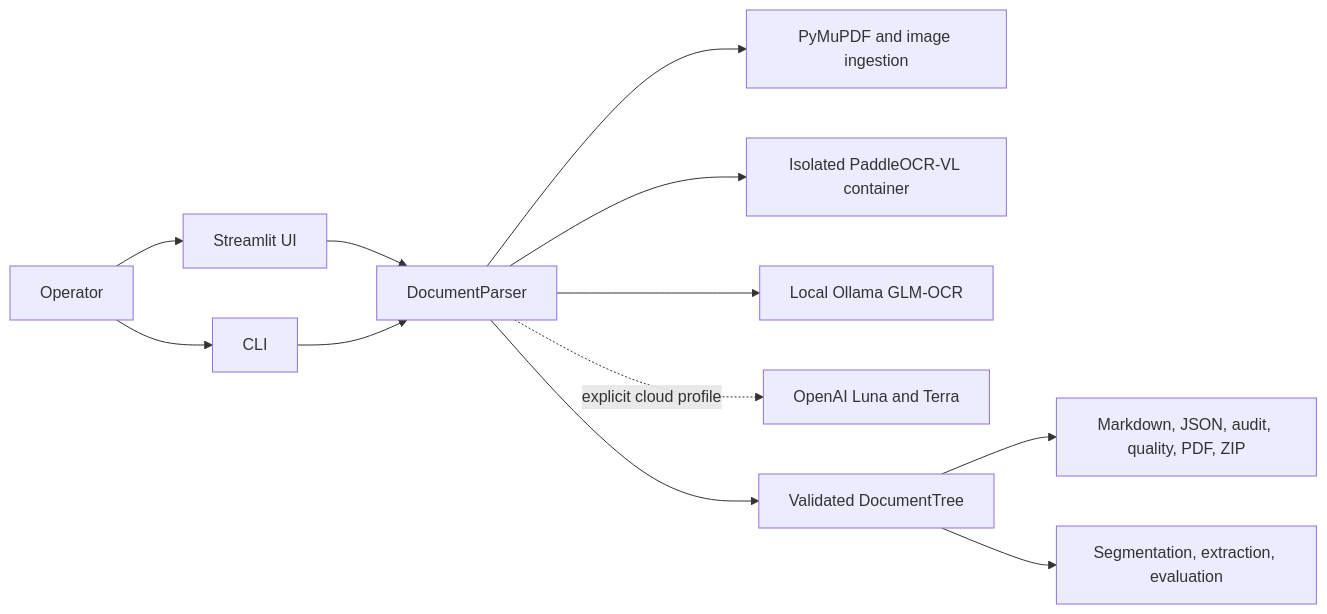
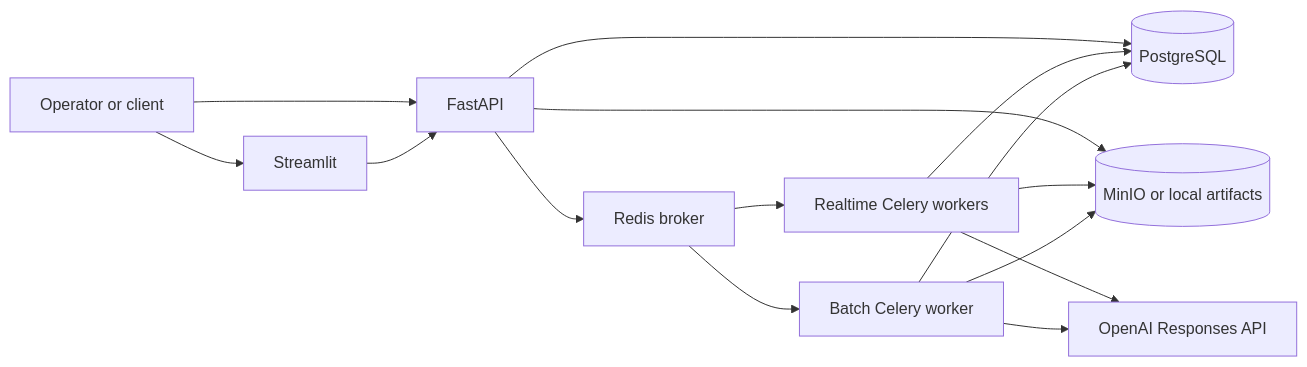
One commit to pypi-ahmad/grounded-docparse changed the first of 2 diagrams in docs/architecture.md. Above: the diagram before and after it, drawn with Mermaid. The commit also changed other lines of this file and 13 other files, not shown here.

````diff
--- a/docs/architecture.md
+++ b/docs/architecture.md
@@ -19,14 +16,17 @@
 ```mermaid
 flowchart LR
-    U[Operator] --> UI[Streamlit UI]
-    U --> CLI[CLI]
-    UI --> P[DocumentParser]
-    CLI --> P
-    P --> I[PyMuPDF and image ingestion]
-    P --> D[Isolated PaddleOCR-VL container]
-    P --> G[Local Ollama GLM-OCR]
-    P -. explicit cloud profile .-> O[OpenAI Luna and Terra]
-    P --> T[Validated DocumentTree]
-    T --> R[Markdown, JSON, audit, quality, PDF, ZIP]
-    T --> E[Segmentation, extraction, evaluation]
+    U[Operator or client] --> UI[Streamlit]
+    U --> API[FastAPI]
+    UI --> API
+    API --> DB[(PostgreSQL)]
+    API --> A[(MinIO or local artifacts)]
+    API --> Q[Redis broker]
+    Q --> RW[Realtime Celery workers]
+    Q --> BW[Batch Celery worker]
+    RW --> O[OpenAI Responses API]
+    BW --> O
+    RW --> A
+    BW --> A
+    RW --> DB
+    BW --> DB
 ```
````
